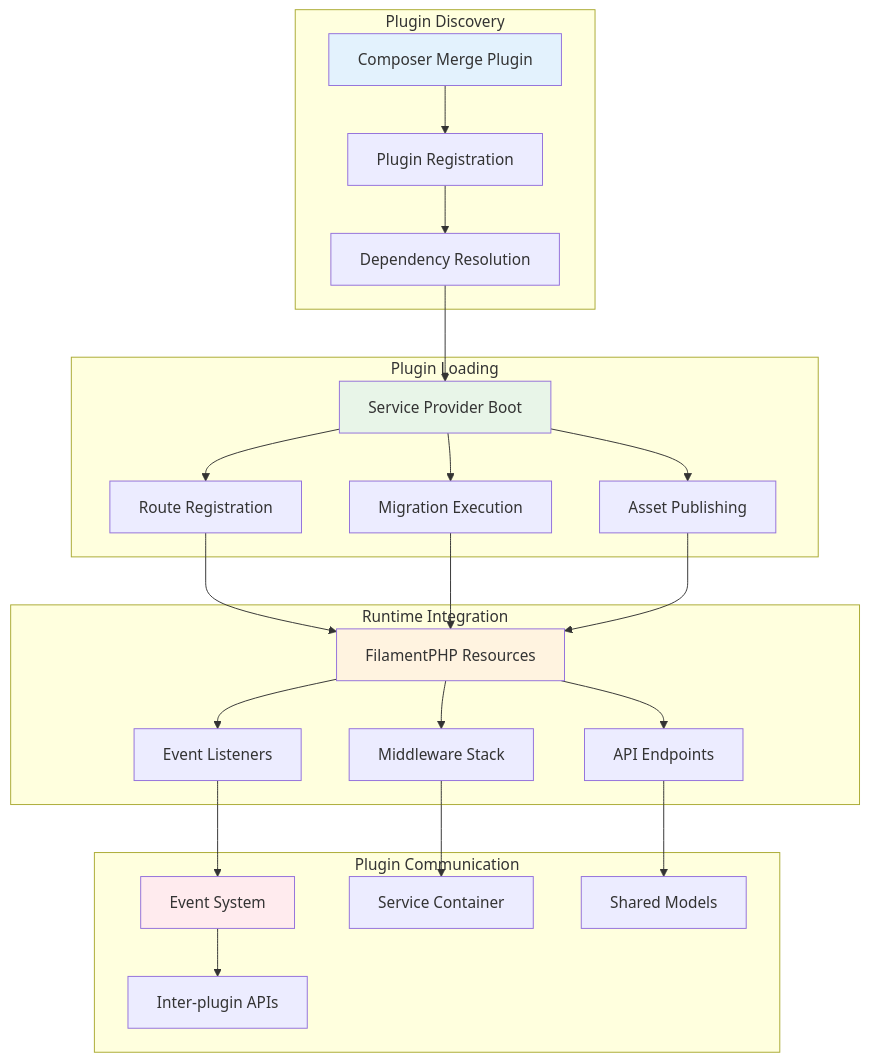
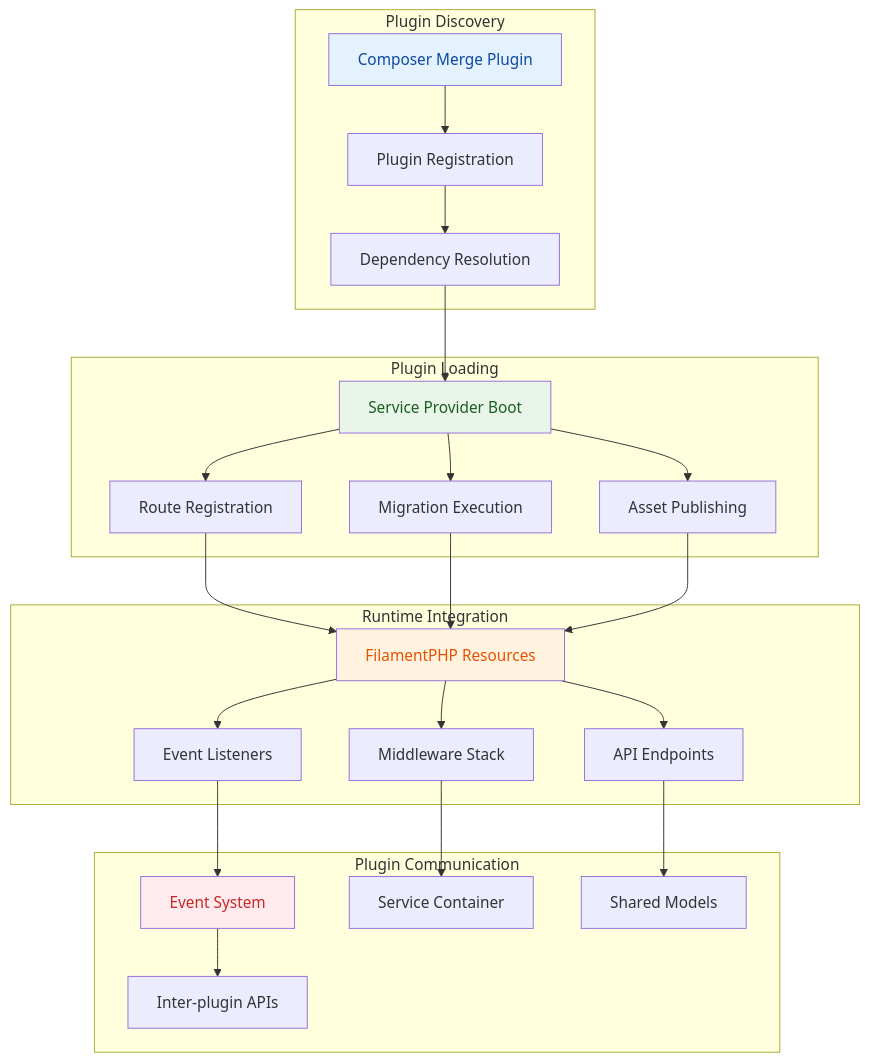
Before and after one commit to db4rnR/aureuserp: diagram 16 of 22 in docs/090-system-diagrams.md, drawn with Mermaid. The commit also changed other lines of this file and 923 other files, not shown here.

````diff
--- a/docs/090-system-diagrams.md
+++ b/docs/090-system-diagrams.md
@@ -1061,55 +1061,55 @@
 ```mermaid
 flowchart TD
     subgraph "Plugin Discovery"
         A[Composer Merge Plugin]
         B[Plugin Registration]
         C[Dependency Resolution]
     end
     
     subgraph "Plugin Loading"
         D[Service Provider Boot]
         E[Route Registration]
         F[Migration Execution]
         G[Asset Publishing]
     end
     
     subgraph "Runtime Integration"
         H[FilamentPHP Resources]
         I[Event Listeners]
         J[Middleware Stack]
         K[API Endpoints]
     end
     
     subgraph "Plugin Communication"
         L[Event System]
         M[Service Container]
         N[Shared Models]
         O[Inter-plugin APIs]
     end
     
     A --> B
     B --> C
     C --> D
     
     D --> E
     D --> F
     D --> G
     
     E --> H
     F --> H
     G --> H
     
     H --> I
     H --> J
     H --> K
     
     I --> L
     J --> M
     K --> N
     L --> O
     
-    style A fill:#e3f2fd
-    style D fill:#e8f5e8
-    style H fill:#fff3e0
-    style L fill:#ffebee
+    style A fill:#e3f2fd,color:#0d47a1
+    style D fill:#e8f5e8,color:#1b5e20
+    style H fill:#fff3e0,color:#e65100
+    style L fill:#ffebee,color:#c62828
 ```
````
